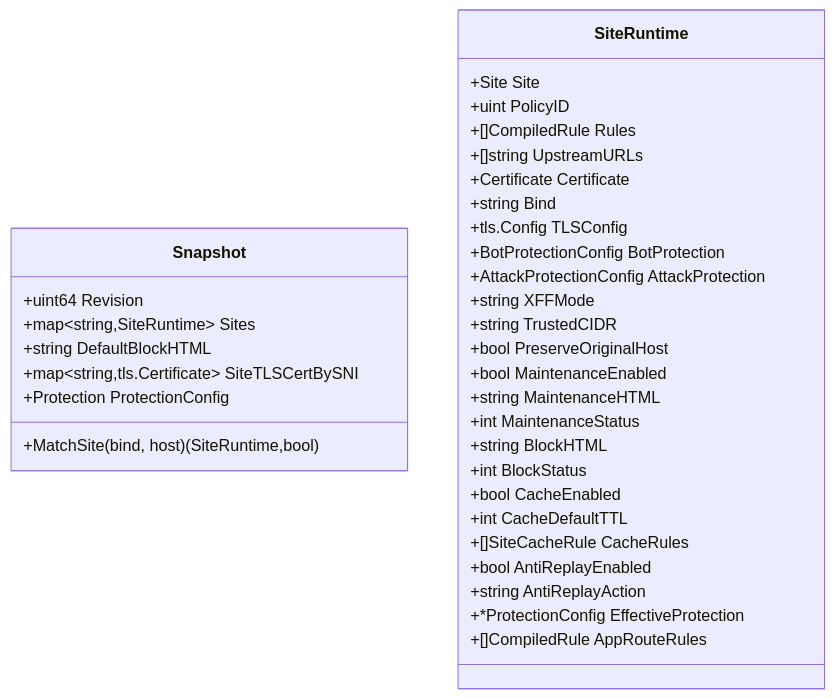
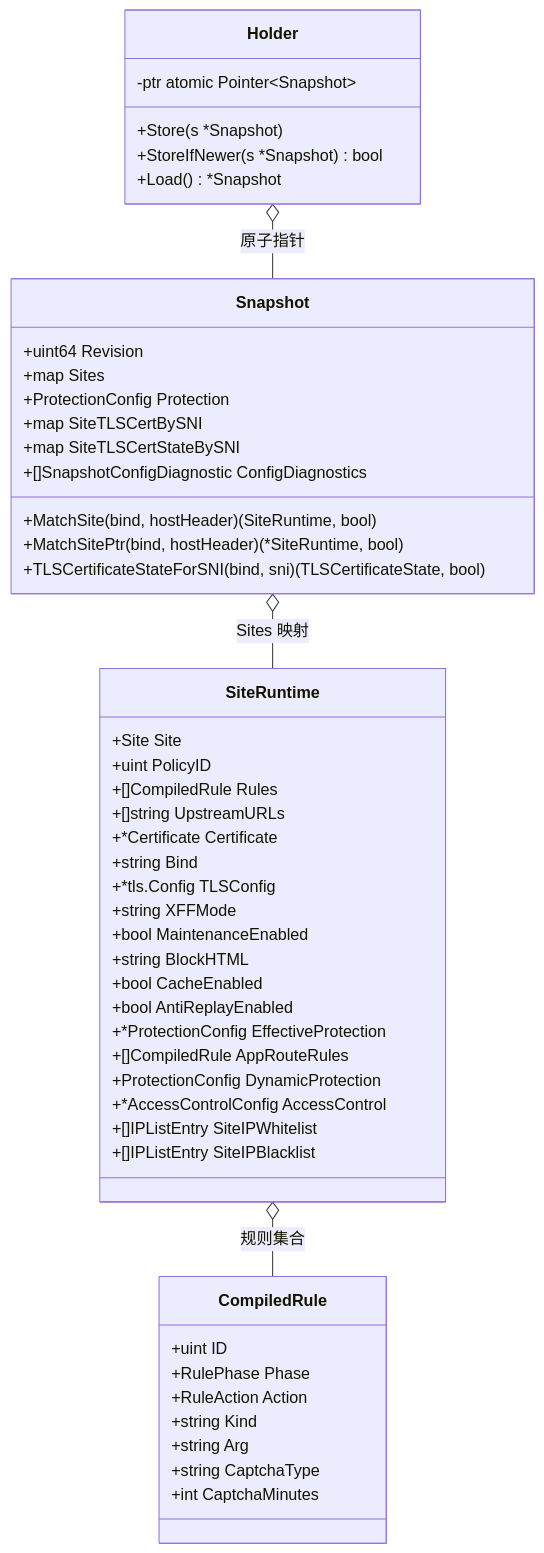
The third of 7 diagrams in docs/WAF 引擎系统/引擎核心架构/快照系统.md (x01n/My-OpenWaf), drawn with Mermaid before and after one commit. The commit also changed other lines of this file and 622 other files, not shown here.

````diff
--- a/docs/WAF 引擎系统/引擎核心架构/快照系统.md
+++ b/docs/WAF 引擎系统/引擎核心架构/快照系统.md
@@ -163,37 +213,52 @@
 ```mermaid
 classDiagram
 class Snapshot {
 +uint64 Revision
-+map~string,SiteRuntime~ Sites
-+string DefaultBlockHTML
-+map~string,tls.Certificate~ SiteTLSCertBySNI
-+Protection ProtectionConfig
-+MatchSite(bind, host) (SiteRuntime,bool)
++map Sites
++ProtectionConfig Protection
++map SiteTLSCertBySNI
++map SiteTLSCertStateBySNI
++[]SnapshotConfigDiagnostic ConfigDiagnostics
++MatchSite(bind, hostHeader) (SiteRuntime, bool)
++MatchSitePtr(bind, hostHeader) (*SiteRuntime, bool)
++TLSCertificateStateForSNI(bind, sni) (TLSCertificateState, bool)
 }
 class SiteRuntime {
 +Site Site
 +uint PolicyID
 +[]CompiledRule Rules
 +[]string UpstreamURLs
-+Certificate Certificate
++*Certificate Certificate
 +string Bind
-+tls.Config TLSConfig
-+BotProtectionConfig BotProtection
-+AttackProtectionConfig AttackProtection
++*tls.Config TLSConfig
 +string XFFMode
-+string TrustedCIDR
-+bool PreserveOriginalHost
 +bool MaintenanceEnabled
-+string MaintenanceHTML
-+int MaintenanceStatus
 +string BlockHTML
-+int BlockStatus
 +bool CacheEnabled
-+int CacheDefaultTTL
-+[]SiteCacheRule CacheRules
 +bool AntiReplayEnabled
-+string AntiReplayAction
 +*ProtectionConfig EffectiveProtection
 +[]CompiledRule AppRouteRules
++ProtectionConfig DynamicProtection
++*AccessControlConfig AccessControl
++[]IPListEntry SiteIPWhitelist
++[]IPListEntry SiteIPBlacklist
 }
+class Holder {
+-ptr atomic Pointer~Snapshot~
++Store(s *Snapshot)
++StoreIfNewer(s *Snapshot) bool
++Load() *Snapshot
+}
+class CompiledRule {
++uint ID
++RulePhase Phase
++RuleAction Action
++string Kind
++string Arg
++string CaptchaType
++int CaptchaMinutes
+}
+Holder o-- Snapshot : 原子指针
+Snapshot o-- SiteRuntime : Sites 映射
+SiteRuntime o-- CompiledRule : 规则集合
 ```
````
